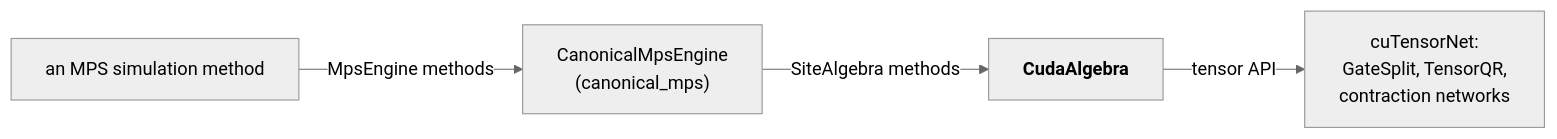
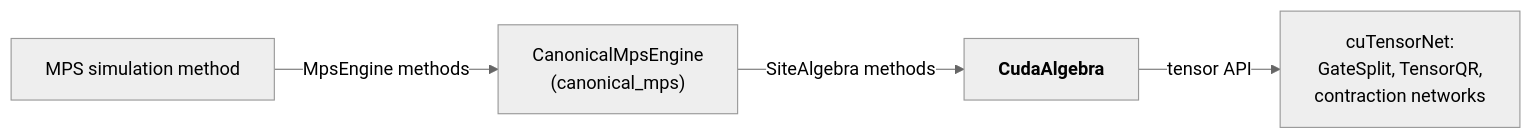
One commit to microsoft/qdk changed the first of 2 diagrams in source/cutensornet/README.md. Above: the diagram before and after it, drawn with Mermaid (neutral theme). The commit also changed other lines of this file and 20 other files, not shown here.

````diff
--- a/source/cutensornet/README.md
+++ b/source/cutensornet/README.md
@@ -45,6 +89,6 @@
 ```mermaid
 flowchart LR
-  S["an MPS simulation method"] -->|"MpsEngine methods"| E["CanonicalMpsEngine<br/>(canonical_mps)"]
+  S["MPS simulation method"] -->|"MpsEngine methods"| E["CanonicalMpsEngine<br/>(canonical_mps)"]
   E -->|"SiteAlgebra methods"| A["<b>CudaAlgebra</b>"]
   A -->|"tensor API"| N["cuTensorNet:<br/>GateSplit, TensorQR,<br/>contraction networks"]
 ```
````
